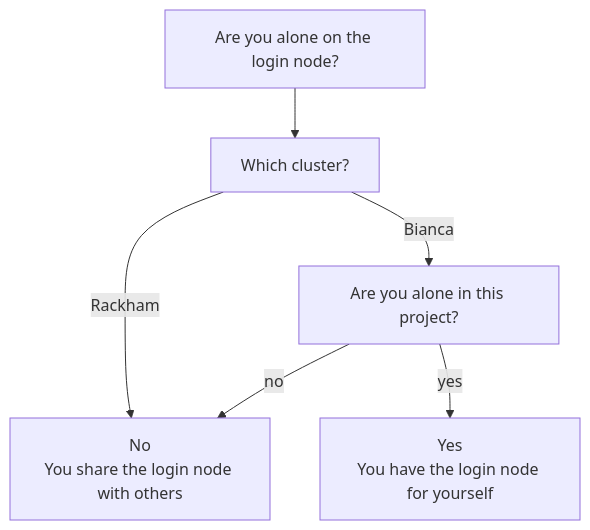
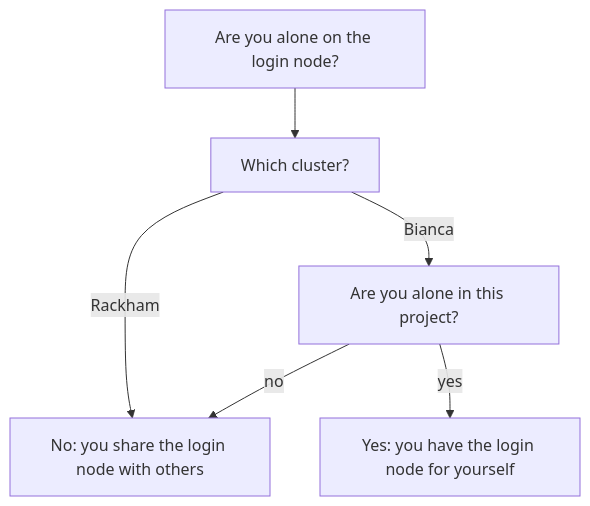
The first of 2 diagrams in docs/cluster_guides/login_node.md (UPPMAX/UPPMAX-documentation), drawn with Mermaid before and after one commit. The commit also changed 6 other files, not shown here.

````diff
--- a/docs/cluster_guides/login_node.md
+++ b/docs/cluster_guides/login_node.md
@@ -32,13 +32,13 @@
 ```mermaid
 flowchart TD
   question[Are you alone on the login node?]
   which_cluster[Which cluster?]
   alone_in_project[Are you alone in this project?]
-  no[No\nYou share the login node with others]
-  yes[Yes\nYou have the login node for yourself]
+  no[No: you share the login node with others]
+  yes[Yes: you have the login node for yourself]
   question --> which_cluster
   which_cluster --> |Rackham| no
   which_cluster --> |Bianca| alone_in_project
   alone_in_project --> |yes| yes
   alone_in_project --> |no| no
 ```
````
